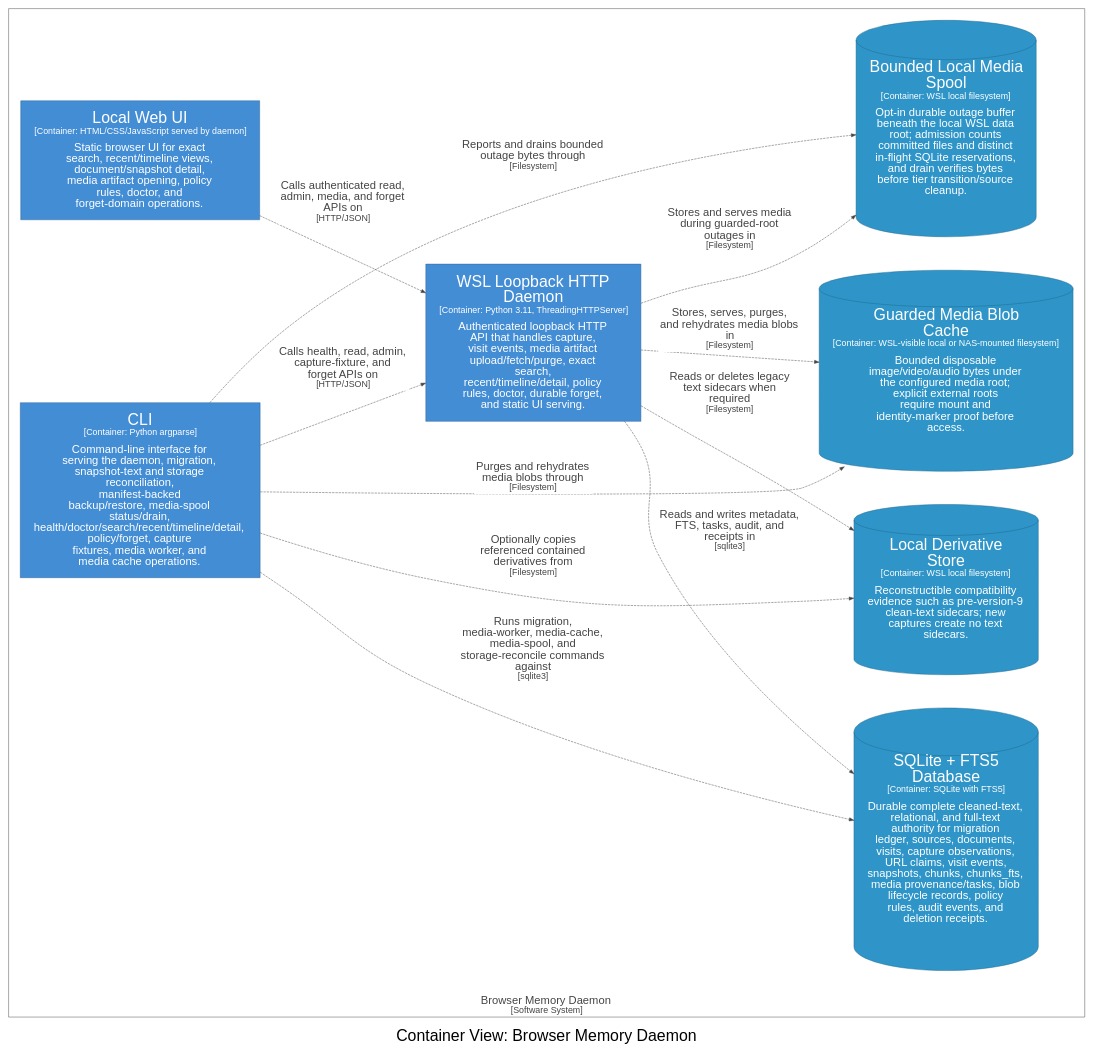
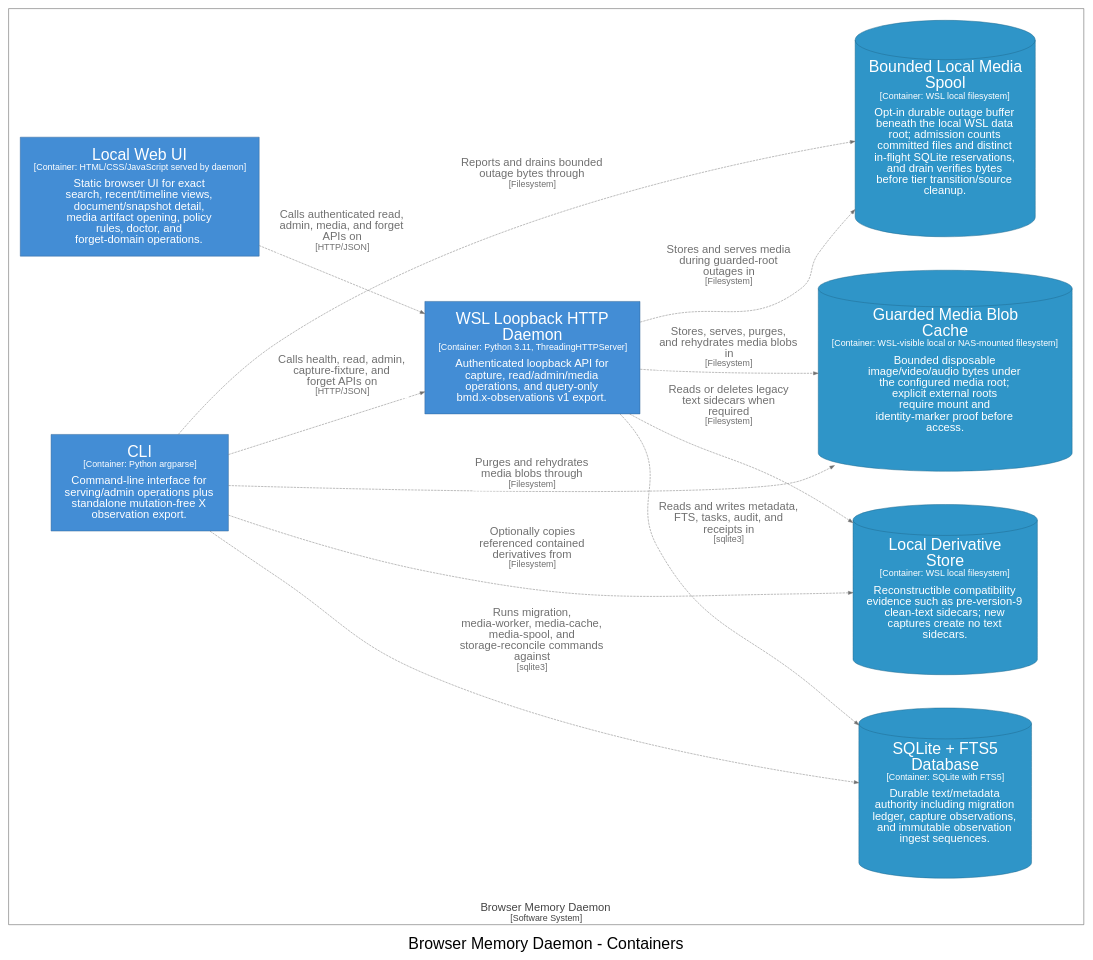
The diagram in docs/architecture/diagrams/dot/structurizr-OpsContainers.dot (michaelnicks0/browser-memory-daemon), drawn with Graphviz before and after one commit. The commit also changed 331 other files, not shown here.

Commit message:
docs: refresh architecture and publish surfaces

```diff
--- a/docs/architecture/diagrams/dot/structurizr-OpsContainers.dot
+++ b/docs/architecture/diagrams/dot/structurizr-OpsContainers.dot
@@ -3,7 +3,7 @@
   graph [fontname="Arial", rankdir=LR, ranksep=1.0, nodesep=1.0]
   node [fontname="Arial", shape=box, margin="0.4,0.3"]
   edge [fontname="Arial"]
-  label=<<br /><font point-size="34">Container View: Browser Memory Daemon</font>>
+  label=<<br /><font point-size="34">Browser Memory Daemon - Containers</font>>
 
   subgraph cluster_4 {
     margin=25
@@ -13,24 +13,23 @@
     fontcolor="#444444"
     fillcolor="#444444"
 
-    22 [id=22,shape=rect, label=<<font point-size="34">WSL Loopback HTTP<br />Daemon</font><br /><font point-size="19">[Container: Python 3.11, ThreadingHTTPServer]</font><br /><br /><font point-size="24">Authenticated loopback HTTP<br />API that handles capture,<br />visit events, media artifact<br />upload/fetch/purge, exact<br />search,<br />recent/timeline/detail, policy<br />rules, doctor, durable forget,<br />and static UI serving.</font>>, style=filled, color="#2e6295", fillcolor="#438dd5", fontcolor="#ffffff"]
-    45 [id=45,shape=rect, label=<<font point-size="34">Local Web UI</font><br /><font point-size="19">[Container: HTML/CSS/JavaScript served by daemon]</font><br /><br /><font point-size="24">Static browser UI for exact<br />search, recent/timeline views,<br />document/snapshot detail,<br />media artifact opening, policy<br />rules, doctor, and<br />forget-domain operations.</font>>, style=filled, color="#2e6295", fillcolor="#438dd5", fontcolor="#ffffff"]
-    46 [id=46,shape=rect, label=<<font point-size="34">CLI</font><br /><font point-size="19">[Container: Python argparse]</font><br /><br /><font point-size="24">Command-line interface for<br />serving the daemon, migration,<br />snapshot-text and storage<br />reconciliation,<br />manifest-backed<br />backup/restore, media-spool<br />status/drain,<br />health/doctor/search/recent/timeline/detail,<br />policy/forget, capture<br />fixtures, media worker, and<br />media cache operations.</font>>, style=filled, color="#2e6295", fillcolor="#438dd5", fontcolor="#ffffff"]
-    48 [id=48,shape=cylinder, label=<<font point-size="34">SQLite + FTS5<br />Database</font><br /><font point-size="19">[Container: SQLite with FTS5]</font><br /><br /><font point-size="24">Durable complete cleaned-text,<br />relational, and full-text<br />authority for migration<br />ledger, sources, documents,<br />visits, capture observations,<br />URL claims, visit events,<br />snapshots, chunks, chunks_fts,<br />media provenance/tasks, blob<br />lifecycle records, policy<br />rules, audit events, and<br />deletion receipts.</font>>, style=filled, color="#20688c", fillcolor="#2f95c8", fontcolor="#ffffff"]
-    49 [id=49,shape=cylinder, label=<<font point-size="34">Local Derivative<br />Store</font><br /><font point-size="19">[Container: WSL local filesystem]</font><br /><br /><font point-size="24">Reconstructible compatibility<br />evidence such as pre-version-9<br />clean-text sidecars; new<br />captures create no text<br />sidecars.</font>>, style=filled, color="#20688c", fillcolor="#2f95c8", fontcolor="#ffffff"]
-    50 [id=50,shape=cylinder, label=<<font point-size="34">Guarded Media Blob<br />Cache</font><br /><font point-size="19">[Container: WSL-visible local or NAS-mounted filesystem]</font><br /><br /><font point-size="24">Bounded disposable<br />image/video/audio bytes under<br />the configured media root;<br />explicit external roots<br />require mount and<br />identity-marker proof before<br />access.</font>>, style=filled, color="#20688c", fillcolor="#2f95c8", fontcolor="#ffffff"]
-    51 [id=51,shape=cylinder, label=<<font point-size="34">Bounded Local Media<br />Spool</font><br /><font point-size="19">[Container: WSL local filesystem]</font><br /><br /><font point-size="24">Opt-in durable outage buffer<br />beneath the local WSL data<br />root; admission counts<br />committed files and distinct<br />in-flight SQLite reservations,<br />and drain verifies bytes<br />before tier transition/source<br />cleanup.</font>>, style=filled, color="#20688c", fillcolor="#2f95c8", fontcolor="#ffffff"]
+    22 [id=22,shape=rect, label=<<font point-size="34">WSL Loopback HTTP<br />Daemon</font><br /><font point-size="19">[Container: Python 3.11, ThreadingHTTPServer]</font><br /><br /><font point-size="24">Authenticated loopback API for<br />capture, read/admin/media<br />operations, and query-only<br />bmd.x-observations v1 export.</font>>, style=filled, color="#2e6295", fillcolor="#438dd5", fontcolor="#ffffff"]
+    46 [id=46,shape=rect, label=<<font point-size="34">Local Web UI</font><br /><font point-size="19">[Container: HTML/CSS/JavaScript served by daemon]</font><br /><br /><font point-size="24">Static browser UI for exact<br />search, recent/timeline views,<br />document/snapshot detail,<br />media artifact opening, policy<br />rules, doctor, and<br />forget-domain operations.</font>>, style=filled, color="#2e6295", fillcolor="#438dd5", fontcolor="#ffffff"]
+    47 [id=47,shape=rect, label=<<font point-size="34">CLI</font><br /><font point-size="19">[Container: Python argparse]</font><br /><br /><font point-size="24">Command-line interface for<br />serving/admin operations plus<br />standalone mutation-free X<br />observation export.</font>>, style=filled, color="#2e6295", fillcolor="#438dd5", fontcolor="#ffffff"]
+    49 [id=49,shape=cylinder, label=<<font point-size="34">SQLite + FTS5<br />Database</font><br /><font point-size="19">[Container: SQLite with FTS5]</font><br /><br /><font point-size="24">Durable text/metadata<br />authority including migration<br />ledger, capture observations,<br />and immutable observation<br />ingest sequences.</font>>, style=filled, color="#20688c", fillcolor="#2f95c8", fontcolor="#ffffff"]
+    50 [id=50,shape=cylinder, label=<<font point-size="34">Local Derivative<br />Store</font><br /><font point-size="19">[Container: WSL local filesystem]</font><br /><br /><font point-size="24">Reconstructible compatibility<br />evidence such as pre-version-9<br />clean-text sidecars; new<br />captures create no text<br />sidecars.</font>>, style=filled, color="#20688c", fillcolor="#2f95c8", fontcolor="#ffffff"]
+    51 [id=51,shape=cylinder, label=<<font point-size="34">Guarded Media Blob<br />Cache</font><br /><font point-size="19">[Container: WSL-visible local or NAS-mounted filesystem]</font><br /><br /><font point-size="24">Bounded disposable<br />image/video/audio bytes under<br />the configured media root;<br />explicit external roots<br />require mount and<br />identity-marker proof before<br />access.</font>>, style=filled, color="#20688c", fillcolor="#2f95c8", fontcolor="#ffffff"]
+    52 [id=52,shape=cylinder, label=<<font point-size="34">Bounded Local Media<br />Spool</font><br /><font point-size="19">[Container: WSL local filesystem]</font><br /><br /><font point-size="24">Opt-in durable outage buffer<br />beneath the local WSL data<br />root; admission counts<br />committed files and distinct<br />in-flight SQLite reservations,<br />and drain verifies bytes<br />before tier transition/source<br />cleanup.</font>>, style=filled, color="#20688c", fillcolor="#2f95c8", fontcolor="#ffffff"]
   }
 
-  46 -> 49 [id=169, label=<<TABLE BORDER="0" CELLBORDER="0" CELLSPACING="0" CELLPADDING="4" BGCOLOR="white"><TR><TD><font point-size="24">Optionally copies<br />referenced contained<br />derivatives from</font><br /><font point-size="19">[Filesystem]</font></TD></TR></TABLE>>, style="dashed", color="#444444", fontcolor="#444444"]
-  45 -> 22 [id=62, label=<<TABLE BORDER="0" CELLBORDER="0" CELLSPACING="0" CELLPADDING="4" BGCOLOR="white"><TR><TD><font point-size="24">Calls authenticated read,<br />admin, media, and forget<br />APIs on</font><br /><font point-size="19">[HTTP/JSON]</font></TD></TR></TABLE>>, style="dashed", color="#444444", fontcolor="#444444"]
-  46 -> 22 [id=63, label=<<TABLE BORDER="0" CELLBORDER="0" CELLSPACING="0" CELLPADDING="4" BGCOLOR="white"><TR><TD><font point-size="24">Calls health, read, admin,<br />capture-fixture, and<br />forget APIs on</font><br /><font point-size="19">[HTTP/JSON]</font></TD></TR></TABLE>>, style="dashed", color="#444444", fontcolor="#444444"]
-  46 -> 48 [id=64, label=<<TABLE BORDER="0" CELLBORDER="0" CELLSPACING="0" CELLPADDING="4" BGCOLOR="white"><TR><TD><font point-size="24">Runs migration,<br />media-worker, media-cache,<br />media-spool, and<br />storage-reconcile commands<br />against</font><br /><font point-size="19">[sqlite3]</font></TD></TR></TABLE>>, style="dashed", color="#444444", fontcolor="#444444"]
-  46 -> 50 [id=67, label=<<TABLE BORDER="0" CELLBORDER="0" CELLSPACING="0" CELLPADDING="4" BGCOLOR="white"><TR><TD><font point-size="24">Purges and rehydrates<br />media blobs through</font><br /><font point-size="19">[Filesystem]</font></TD></TR></TABLE>>, style="dashed", color="#444444", fontcolor="#444444"]
-  46 -> 51 [id=68, label=<<TABLE BORDER="0" CELLBORDER="0" CELLSPACING="0" CELLPADDING="4" BGCOLOR="white"><TR><TD><font point-size="24">Reports and drains bounded<br />outage bytes through</font><br /><font point-size="19">[Filesystem]</font></TD></TR></TABLE>>, style="dashed", color="#444444", fontcolor="#444444"]
-  22 -> 48 [id=70, label=<<TABLE BORDER="0" CELLBORDER="0" CELLSPACING="0" CELLPADDING="4" BGCOLOR="white"><TR><TD><font point-size="24">Reads and writes metadata,<br />FTS, tasks, audit, and<br />receipts in</font><br /><font point-size="19">[sqlite3]</font></TD></TR></TABLE>>, style="dashed", color="#444444", fontcolor="#444444"]
-  22 -> 49 [id=71, label=<<TABLE BORDER="0" CELLBORDER="0" CELLSPACING="0" CELLPADDING="4" BGCOLOR="white"><TR><TD><font point-size="24">Reads or deletes legacy<br />text sidecars when<br />required</font><br /><font point-size="19">[Filesystem]</font></TD></TR></TABLE>>, style="dashed", color="#444444", fontcolor="#444444"]
-  22 -> 50 [id=72, label=<<TABLE BORDER="0" CELLBORDER="0" CELLSPACING="0" CELLPADDING="4" BGCOLOR="white"><TR><TD><font point-size="24">Stores, serves, purges,<br />and rehydrates media blobs<br />in</font><br /><font point-size="19">[Filesystem]</font></TD></TR></TABLE>>, style="dashed", color="#444444", fontcolor="#444444"]
-  22 -> 51 [id=73, label=<<TABLE BORDER="0" CELLBORDER="0" CELLSPACING="0" CELLPADDING="4" BGCOLOR="white"><TR><TD><font point-size="24">Stores and serves media<br />during guarded-root<br />outages in</font><br /><font point-size="19">[Filesystem]</font></TD></TR></TABLE>>, style="dashed", color="#444444", fontcolor="#444444"]
-
+  47 -> 50 [id=173, label=<<TABLE BORDER="0" CELLBORDER="0" CELLSPACING="0" CELLPADDING="4" BGCOLOR="white"><TR><TD><font point-size="24">Optionally copies<br />referenced contained<br />derivatives from</font><br /><font point-size="19">[Filesystem]</font></TD></TR></TABLE>>, style="dashed", color="#707070", fontcolor="#707070"]
+  46 -> 22 [id=63, label=<<TABLE BORDER="0" CELLBORDER="0" CELLSPACING="0" CELLPADDING="4" BGCOLOR="white"><TR><TD><font point-size="24">Calls authenticated read,<br />admin, media, and forget<br />APIs on</font><br /><font point-size="19">[HTTP/JSON]</font></TD></TR></TABLE>>, style="dashed", color="#707070", fontcolor="#707070"]
+  47 -> 22 [id=64, label=<<TABLE BORDER="0" CELLBORDER="0" CELLSPACING="0" CELLPADDING="4" BGCOLOR="white"><TR><TD><font point-size="24">Calls health, read, admin,<br />capture-fixture, and<br />forget APIs on</font><br /><font point-size="19">[HTTP/JSON]</font></TD></TR></TABLE>>, style="dashed", color="#707070", fontcolor="#707070"]
+  47 -> 49 [id=65, label=<<TABLE BORDER="0" CELLBORDER="0" CELLSPACING="0" CELLPADDING="4" BGCOLOR="white"><TR><TD><font point-size="24">Runs migration,<br />media-worker, media-cache,<br />media-spool, and<br />storage-reconcile commands<br />against</font><br /><font point-size="19">[sqlite3]</font></TD></TR></TABLE>>, style="dashed", color="#707070", fontcolor="#707070"]
+  47 -> 51 [id=68, label=<<TABLE BORDER="0" CELLBORDER="0" CELLSPACING="0" CELLPADDING="4" BGCOLOR="white"><TR><TD><font point-size="24">Purges and rehydrates<br />media blobs through</font><br /><font point-size="19">[Filesystem]</font></TD></TR></TABLE>>, style="dashed", color="#707070", fontcolor="#707070"]
+  47 -> 52 [id=69, label=<<TABLE BORDER="0" CELLBORDER="0" CELLSPACING="0" CELLPADDING="4" BGCOLOR="white"><TR><TD><font point-size="24">Reports and drains bounded<br />outage bytes through</font><br /><font point-size="19">[Filesystem]</font></TD></TR></TABLE>>, style="dashed", color="#707070", fontcolor="#707070"]
+  22 -> 49 [id=71, label=<<TABLE BORDER="0" CELLBORDER="0" CELLSPACING="0" CELLPADDING="4" BGCOLOR="white"><TR><TD><font point-size="24">Reads and writes metadata,<br />FTS, tasks, audit, and<br />receipts in</font><br /><font point-size="19">[sqlite3]</font></TD></TR></TABLE>>, style="dashed", color="#707070", fontcolor="#707070"]
+  22 -> 50 [id=72, label=<<TABLE BORDER="0" CELLBORDER="0" CELLSPACING="0" CELLPADDING="4" BGCOLOR="white"><TR><TD><font point-size="24">Reads or deletes legacy<br />text sidecars when<br />required</font><br /><font point-size="19">[Filesystem]</font></TD></TR></TABLE>>, style="dashed", color="#707070", fontcolor="#707070"]
+  22 -> 51 [id=73, label=<<TABLE BORDER="0" CELLBORDER="0" CELLSPACING="0" CELLPADDING="4" BGCOLOR="white"><TR><TD><font point-size="24">Stores, serves, purges,<br />and rehydrates media blobs<br />in</font><br /><font point-size="19">[Filesystem]</font></TD></TR></TABLE>>, style="dashed", color="#707070", fontcolor="#707070"]
+  22 -> 52 [id=74, label=<<TABLE BORDER="0" CELLBORDER="0" CELLSPACING="0" CELLPADDING="4" BGCOLOR="white"><TR><TD><font point-size="24">Stores and serves media<br />during guarded-root<br />outages in</font><br /><font point-size="19">[Filesystem]</font></TD></TR></TABLE>>, style="dashed", color="#707070", fontcolor="#707070"]
 }
```
